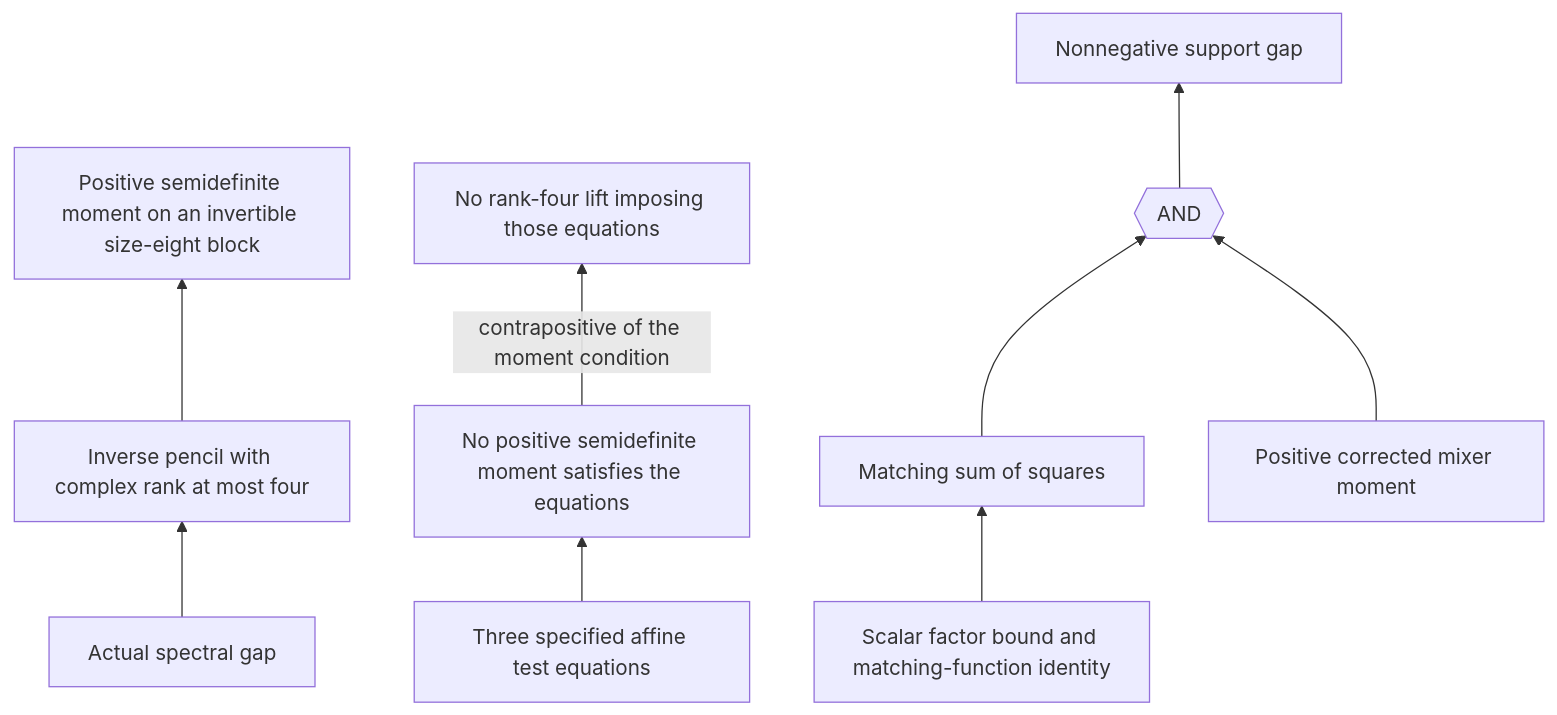
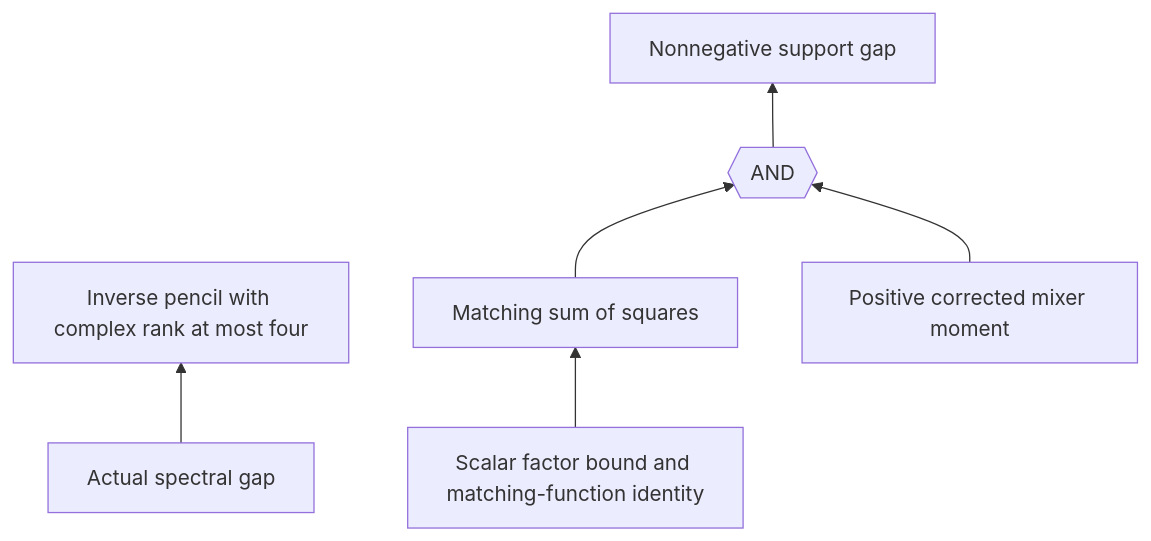
The diagram in Docs/research-attempts-proof-map.md (ascendnoosphere/MOC), drawn with Mermaid before and after one commit. The commit also changed other lines of this file and 42 other files, not shown here.

````diff
--- a/Docs/research-attempts-proof-map.md
+++ b/Docs/research-attempts-proof-map.md
@@ -34,22 +34,15 @@
 ```mermaid
 flowchart BT
     Spectra["Actual spectral gap"]
     Rank["Inverse pencil with complex rank at most four"]
-    Moment["Positive semidefinite moment on an invertible size-eight block"]
-    Eqns["Three specified affine test equations"]
-    NoMoment["No positive semidefinite moment satisfies the equations"]
-    Reject["No rank-four lift imposing those equations"]
     Star["Scalar factor bound and matching-function identity"]
     Squares["Matching sum of squares"]
     Both{{"AND"}}
     Corr["Positive corrected mixer moment"]
     Bound["Nonnegative support gap"]
     Spectra --> Rank
-    Rank --> Moment
-    Eqns --> NoMoment
-    NoMoment -->|"contrapositive of the moment condition"| Reject
     Star --> Squares
     Squares --> Both
     Corr --> Both
     Both --> Bound
 ```
````
